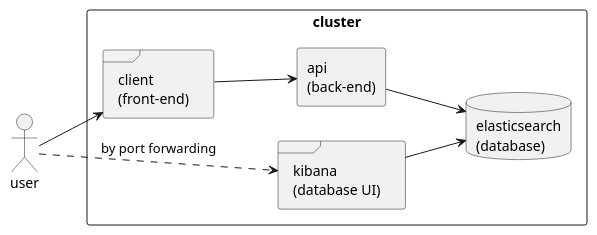
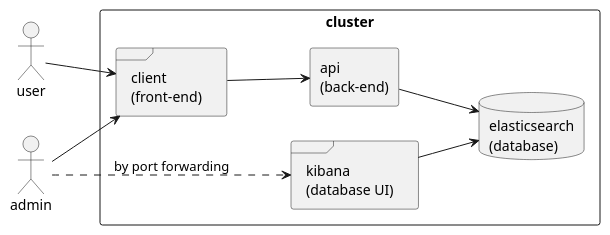
One commit to NeVraX182/docs changed the diagram in BP-aws-eks.adoc. Above: the diagram before and after it, drawn with PlantUML. The commit also changed 41 other files, not shown here.

```diff
--- a/BP-aws-eks.adoc
+++ b/BP-aws-eks.adoc
@@ -46,16 +46,17 @@
 [plantuml,archi-doc,svg]
 ....
 left to right direction
 actor user
 rectangle cluster {
     frame frontend as "client\n(front-end)"
     agent backend as "api\n(back-end)"
     database elastic as "elasticsearch\n(database)"
     frame kibana as "kibana\n(database UI)"
 }
 user --> frontend
-user ..> kibana : by port forwarding
+admin --> frontend
+admin ..> kibana : by port forwarding
 frontend --> backend
 backend --> elastic
 kibana --> elastic
 ....
```
